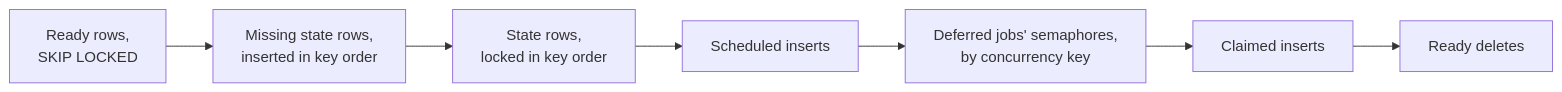
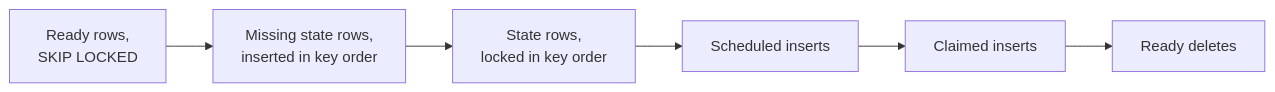
One commit to dtcristo/solid_queue-rate_limit changed the third of 3 diagrams in docs/design.md. Above: the diagram before and after it, drawn with Mermaid. The commit also changed other lines of this file and 5 other files, not shown here.

Commit message:
Give deferred jobs' semaphores back after the claim commits, so claims can't deadlock on them

````diff
--- a/docs/design.md
+++ b/docs/design.md
@@ -121,9 +122,8 @@
 ```mermaid
 flowchart LR
     Ready["Ready rows,<br/>SKIP LOCKED"] --> Insert["Missing state rows,<br/>inserted in key order"]
     Insert --> Lock["State rows,<br/>locked in key order"]
     Lock --> Scheduled["Scheduled inserts"]
-    Scheduled --> Semaphores["Deferred jobs' semaphores,<br/>by concurrency key"]
-    Semaphores --> Claimed["Claimed inserts"]
+    Scheduled --> Claimed["Claimed inserts"]
     Claimed --> Deletes["Ready deletes"]
 ```
````
